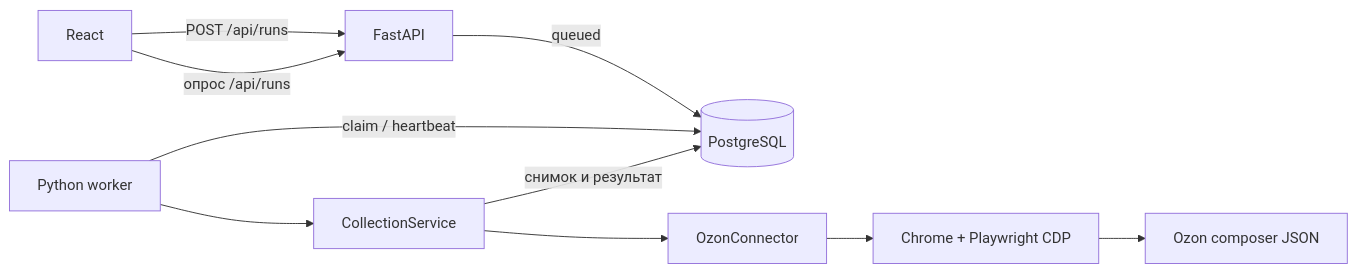
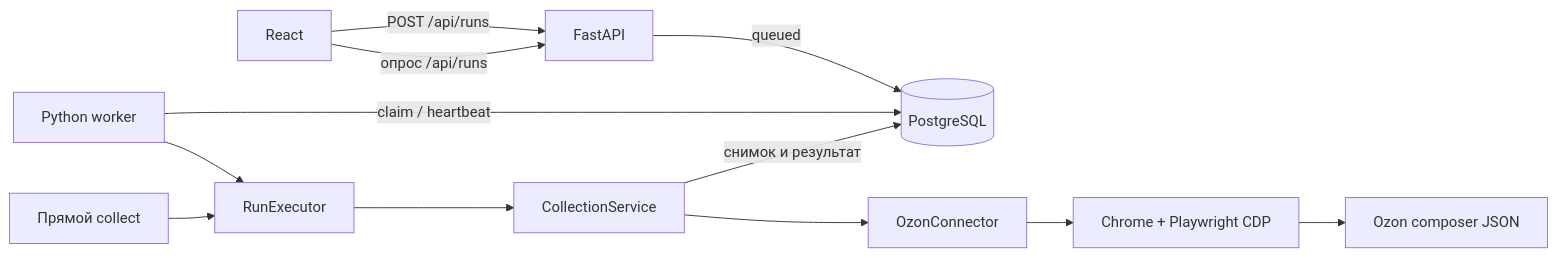
The diagram in docs/architecture/overview.md (TheStorm13/price-watch), drawn with Mermaid before and after one commit. The commit also changed other lines of this file and 75 other files, not shown here.

````diff
--- a/docs/architecture/overview.md
+++ b/docs/architecture/overview.md
@@ -38,12 +38,14 @@
 ```mermaid
 flowchart LR
     UI[React] -->|POST /api/runs| API[FastAPI]
     API -->|queued| DB[(PostgreSQL)]
     Worker[Python worker] -->|claim / heartbeat| DB
-    Worker --> Service[CollectionService]
+    Worker --> Runner[RunExecutor]
+    CLI[Прямой collect] --> Runner
+    Runner --> Service[CollectionService]
     Service --> Connector[OzonConnector]
     Connector --> Chrome[Chrome + Playwright CDP]
     Chrome --> Ozon[Ozon composer JSON]
     Service -->|снимок и результат| DB
     UI -->|опрос /api/runs| API
 ```
````
